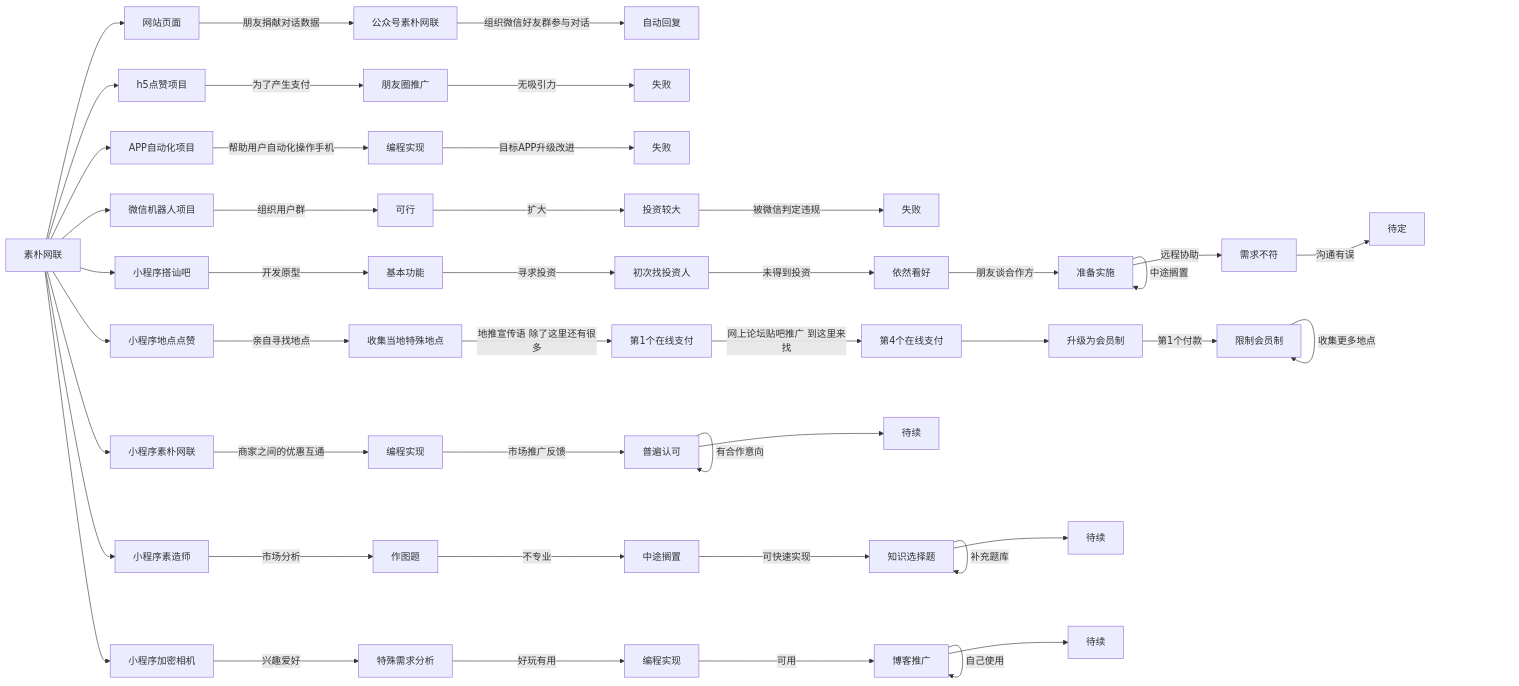
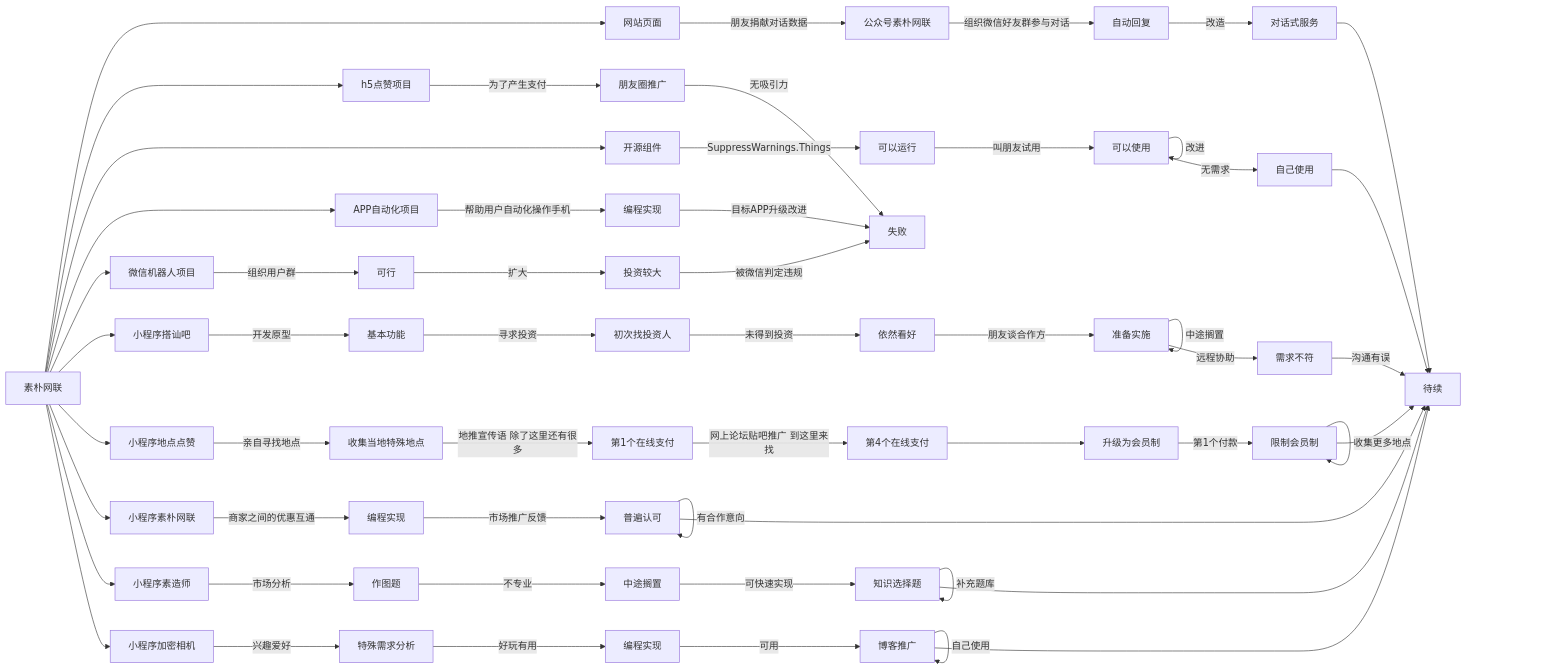
The diagram in README.md (outermanjiaming/-), drawn with Mermaid before and after one commit. The commit also changed other lines of this file, not shown here.

````diff
--- a/README.md
+++ b/README.md
@@ -8,48 +10,57 @@
 ```mermaid
 graph LR
 A[素朴网联] --> B[网站页面]
                B --> |朋友捐献对话数据| C[公众号素朴网联]
                C --> |组织微信好友群参与对话| D[自动回复]
+               D --> |改造| EE[对话式服务]
+               EE --> Continue[待续]
 A --> E
+A --> q
+q[开源组件] --> |SuppressWarnings.Things| r[可以运行]
+r --> |叫朋友试用| s[可以使用]
+s --> |改进| s
+s --> |无需求| t[自己使用]
+t --> Continue[待续]
 E[h5点赞项目] --> |为了产生支付| Y[朋友圈推广]
-Y --> |无吸引力| F[失败]
+Y --> |无吸引力| Fail[失败]
 A --> G
 G[APP自动化项目] --> |帮助用户自动化操作手机| H[编程实现]
-          H --> |目标APP升级改进| I[失败]
+          H --> |目标APP升级改进| Fail[失败]
 A --> J
 J[微信机器人项目] --> |组织用户群| K[可行]
               K --> |扩大| L[投资较大]
-              L --> |被微信判定违规| M[失败]
+              L --> |被微信判定违规| Fail[失败]
 A --> N
 N[小程序搭讪吧] --> |开发原型| O[基本功能]
             O --> |寻求投资| P[初次找投资人]
             P --> |未得到投资| Q[依然看好]
             Q --> |朋友谈合作方| R[有意向]
             R --> |中途搁置| R[准备实施]
             R --> |远程协助| S[需求不符]
-            S --> |沟通有误| T[待定]
+            S --> |沟通有误| Continue[待续]
 A --> a
 a[小程序地点点赞] --> |亲自寻找地点| b[收集当地特殊地点]
 b --> |地推宣传语 除了这里还有很多| c[第1个在线支付]
 c --> |网上论坛贴吧推广 到这里来找| d[第4个在线支付]
 d --> e[升级为会员制]
 e --> |第1个付款| f[限制会员制]
 f --> |收集更多地点| f
+f --> Continue[待续]
 A --> U
 A --> h
 h[小程序素造师] --> |市场分析| i[作图题]
 i --> |不专业| j[中途搁置]
 j --> |可快速实现| k[知识选择题]
 k --> |补充题库| k
-k --> l[待续]
+k --> Continue[待续]
 A --> m
 m[小程序加密相机] --> |兴趣爱好| n[特殊需求分析]
 n --> |好玩有用| o[编程实现]
 o --> |可用| p[博客推广]
 p --> |自己使用| p
-p --> q[待续]
+p --> Continue[待续]
 U[小程序素朴网联] --> |商家之间的优惠互通| V[编程实现]
               V --> |市场推广反馈| W[普遍认可]
               W --> |有合作意向| W
-              W --> X[待续]
+              W --> Continue[待续]
 ```
````
